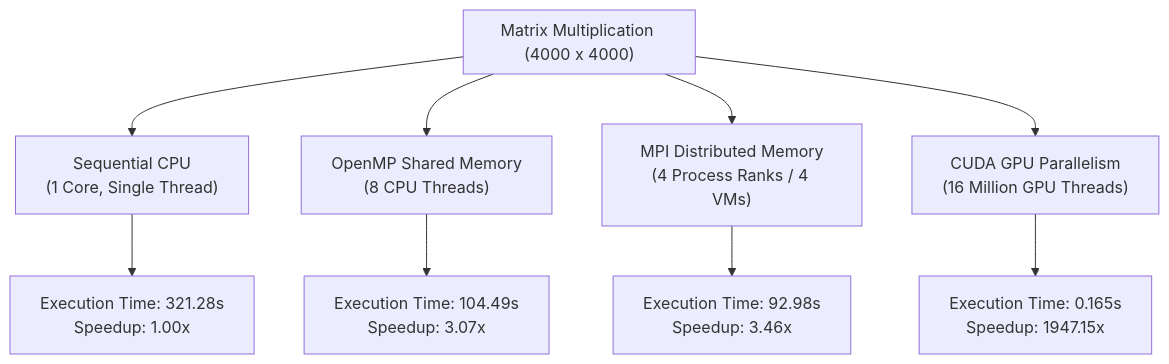
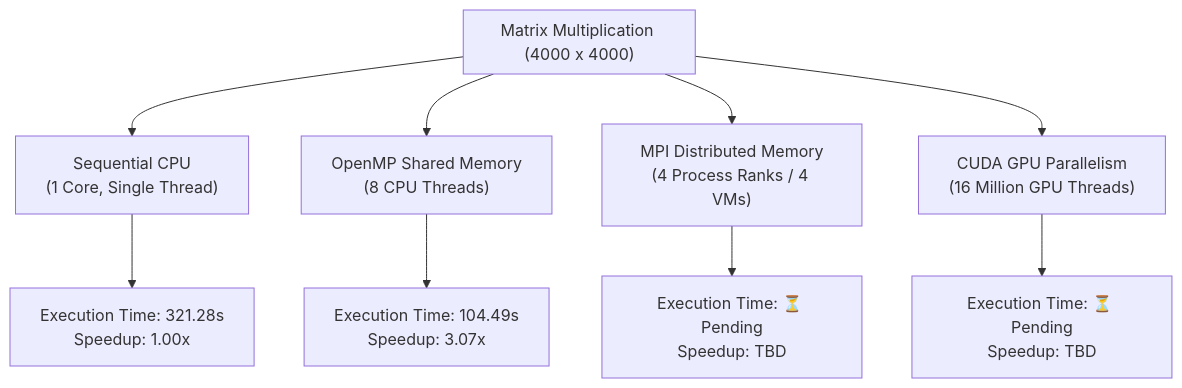
Before and after one commit to manasa-vasare/PGC-lab1: the second of 2 diagrams in README.md, drawn with Mermaid. The commit also changed other lines of this file and 4 other files, not shown here.

Commit message:
Mark MPI and CUDA as pending, remove from charts

````diff
--- a/README.md
+++ b/README.md
@@ -67,15 +67,15 @@
 ```mermaid
 flowchart TD
     subgraph Workload ["Matrix Multiplication (4000 x 4000)"]
     end
 
     Workload --> Seq["Sequential CPU<br/>(1 Core, Single Thread)"]
     Workload --> OMP["OpenMP Shared Memory<br/>(8 CPU Threads)"]
     Workload --> MPI["MPI Distributed Memory<br/>(4 Process Ranks / 4 VMs)"]
     Workload --> CUDA["CUDA GPU Parallelism<br/>(16 Million GPU Threads)"]
 
     Seq --> Res1["Execution Time: 321.28s<br/>Speedup: 1.00x"]
     OMP --> Res2["Execution Time: 104.49s<br/>Speedup: 3.07x"]
-    MPI --> Res3["Execution Time: 92.98s<br/>Speedup: 3.46x"]
-    CUDA --> Res4["Execution Time: 0.165s<br/>Speedup: 1947.15x"]
+    MPI --> Res3["Execution Time: ⏳ Pending<br/>Speedup: TBD"]
+    CUDA --> Res4["Execution Time: ⏳ Pending<br/>Speedup: TBD"]
 ```
````
